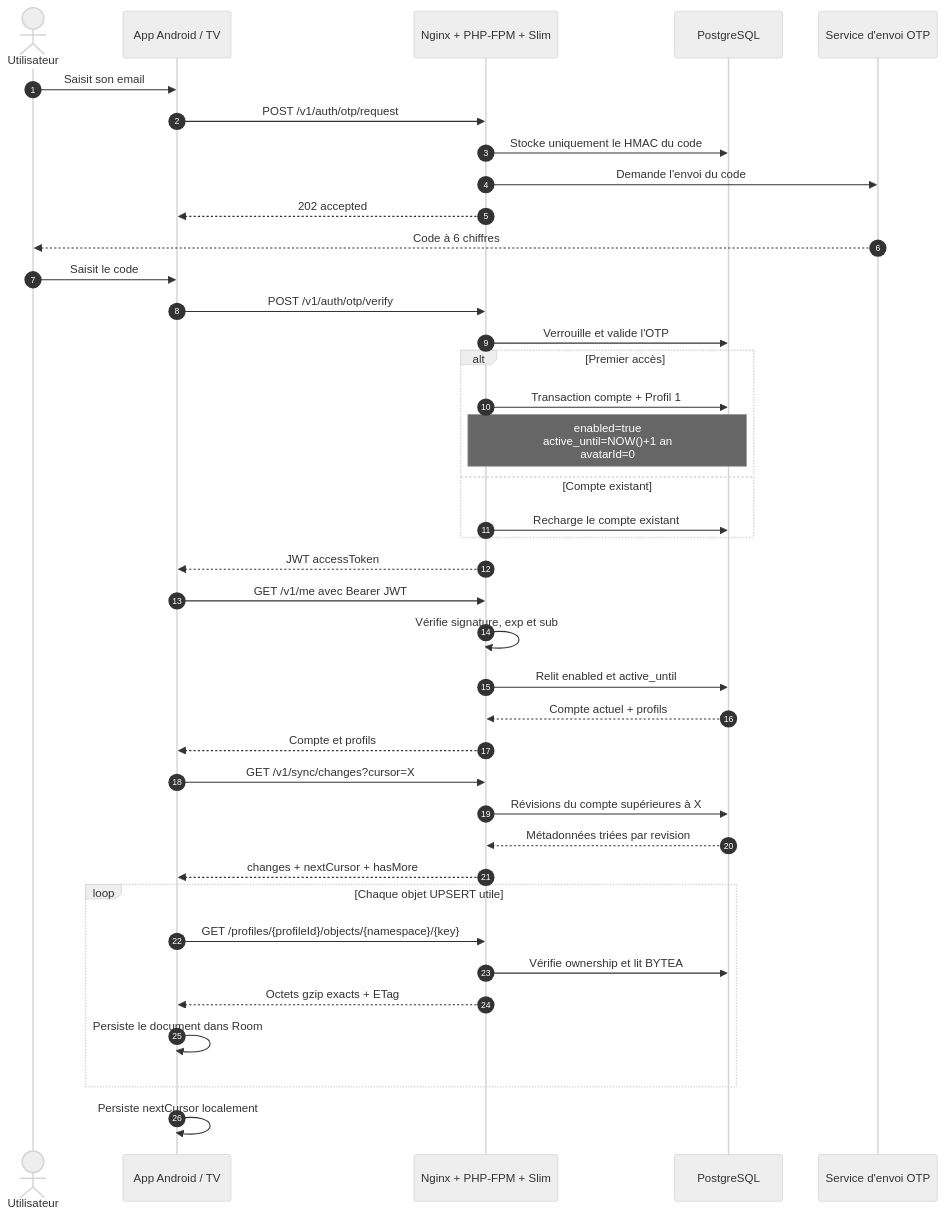
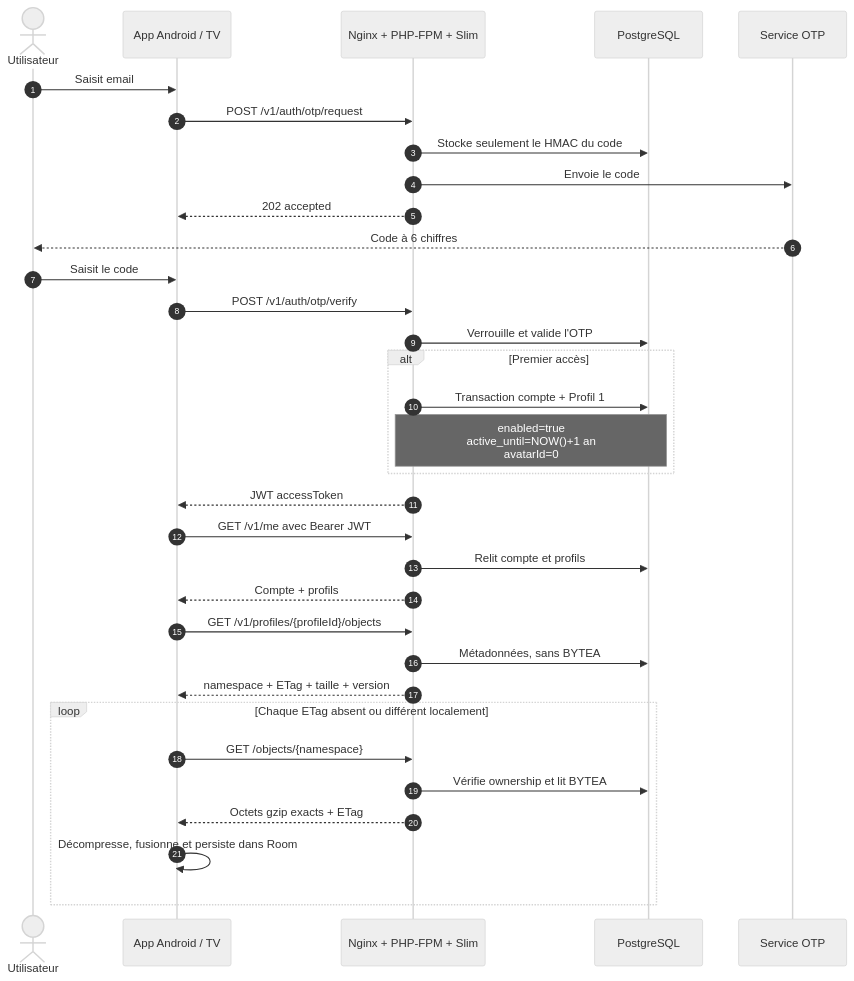
One commit to scilone/cstv changed the first of 5 diagrams in docs/api/app-api-sequence.md. Above: the diagram before and after it, drawn with Mermaid (neutral theme). The commit also changed other lines of this file and 40 other files, not shown here.

Commit message:
feat(backend): replace sync journal with namespace snapshots

````diff
--- a/docs/api/app-api-sequence.md
+++ b/docs/api/app-api-sequence.md
@@ -7,45 +7,39 @@
 ```mermaid
 sequenceDiagram
     autonumber
     actor U as Utilisateur
     participant App as App Android / TV
     participant API as Nginx + PHP-FPM + Slim
     participant DB as PostgreSQL
-    participant OTP as Service d'envoi OTP
+    participant OTP as Service OTP
 
-    U->>App: Saisit son email
+    U->>App: Saisit email
     App->>API: POST /v1/auth/otp/request
-    API->>DB: Stocke uniquement le HMAC du code
-    API->>OTP: Demande l'envoi du code
+    API->>DB: Stocke seulement le HMAC du code
+    API->>OTP: Envoie le code
     API-->>App: 202 accepted
     OTP-->>U: Code à 6 chiffres
 
     U->>App: Saisit le code
     App->>API: POST /v1/auth/otp/verify
     API->>DB: Verrouille et valide l'OTP
     alt Premier accès
         API->>DB: Transaction compte + Profil 1
         Note over API,DB: enabled=true<br/>active_until=NOW()+1 an<br/>avatarId=0
-    else Compte existant
-        API->>DB: Recharge le compte existant
     end
     API-->>App: JWT accessToken
 
     App->>API: GET /v1/me avec Bearer JWT
-    API->>API: Vérifie signature, exp et sub
-    API->>DB: Relit enabled et active_until
-    DB-->>API: Compte actuel + profils
-    API-->>App: Compte et profils
+    API->>DB: Relit compte et profils
+    API-->>App: Compte + profils
 
-    App->>API: GET /v1/sync/changes?cursor=X
-    API->>DB: Révisions du compte supérieures à X
-    DB-->>API: Métadonnées triées par revision
-    API-->>App: changes + nextCursor + hasMore
-    loop Chaque objet UPSERT utile
-        App->>API: GET /profiles/{profileId}/objects/{namespace}/{key}
+    App->>API: GET /v1/profiles/{profileId}/objects
+    API->>DB: Métadonnées, sans BYTEA
+    API-->>App: namespace + ETag + taille + version
+    loop Chaque ETag absent ou différent localement
+        App->>API: GET /objects/{namespace}
         API->>DB: Vérifie ownership et lit BYTEA
         API-->>App: Octets gzip exacts + ETag
-        App->>App: Persiste le document dans Room
+        App->>App: Décompresse, fusionne et persiste dans Room
     end
-    App->>App: Persiste nextCursor localement
 ```
````
